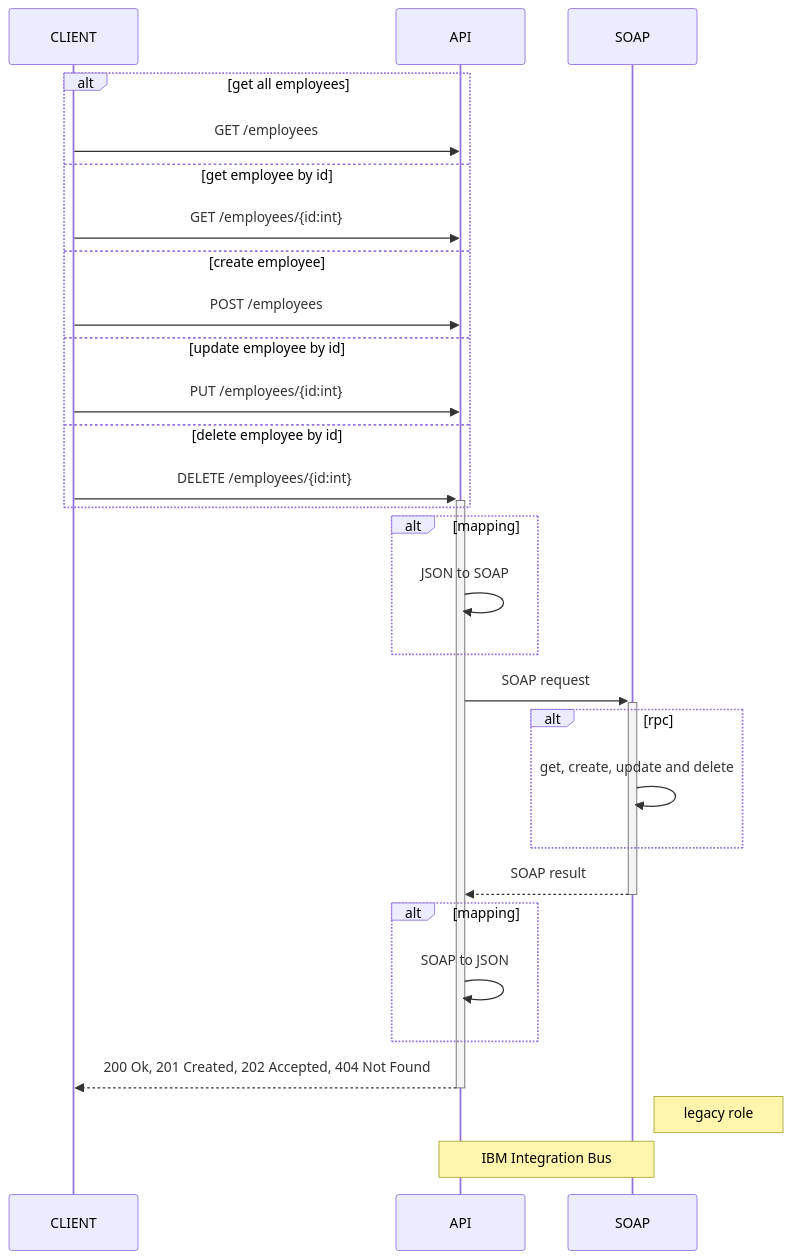
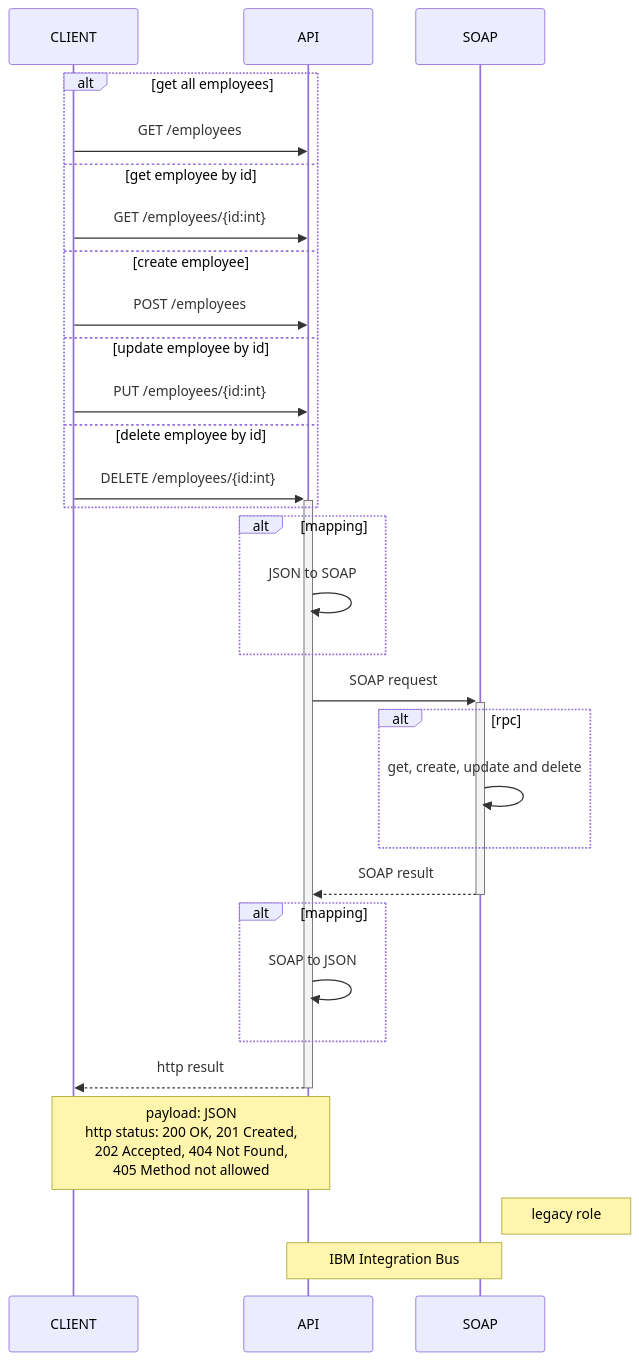
One commit to agabopinho/iib-lab changed the diagram in flow.mmd. Above: the diagram before and after it, drawn with Mermaid. The commit also changed 2 other files, not shown here.

Commit message:
flow svg

```diff
--- a/flow.mmd
+++ b/flow.mmd
@@ -1,26 +1,27 @@
 sequenceDiagram
     alt get all employees
         CLIENT->>API: GET /employees
     else get employee by id
         CLIENT->>API: GET /employees/{id:int}
     else create employee 
         CLIENT->>API: POST /employees
     else update employee by id
         CLIENT->>API: PUT /employees/{id:int}
     else delete employee by id
         CLIENT->>+API: DELETE /employees/{id:int}
     end
     alt mapping
         API->>API: JSON to SOAP
     end
     API->>+SOAP: SOAP request
     alt rpc
         SOAP->>SOAP: get, create, update and delete
     end
     SOAP-->>-API: SOAP result
     alt mapping
         API->>API: SOAP to JSON
     end
-    API-->>-CLIENT: 200 Ok, 201 Created, 202 Accepted, 404 Not Found
+    API-->>-CLIENT: http result
+    Note over API,CLIENT: payload: JSON<br>http status: 200 OK, 201 Created,<br>202 Accepted, 404 Not Found,<br>405 Method not allowed
     Note right of SOAP: legacy role
     Note over API,SOAP: IBM Integration Bus
```
